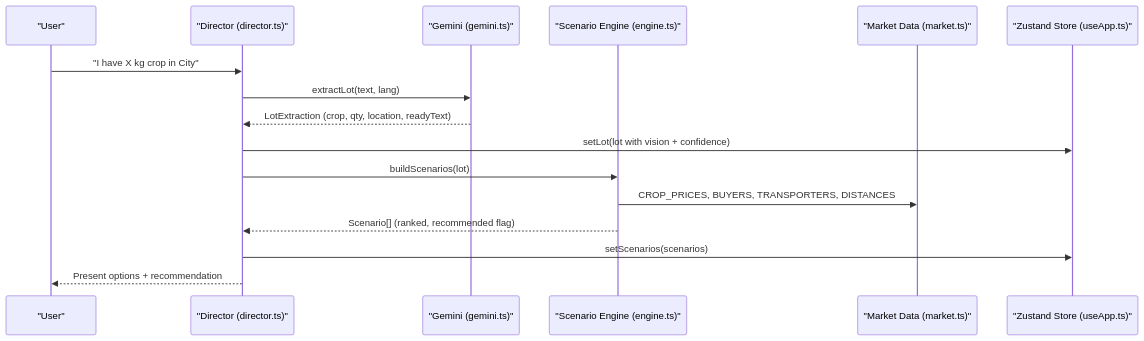
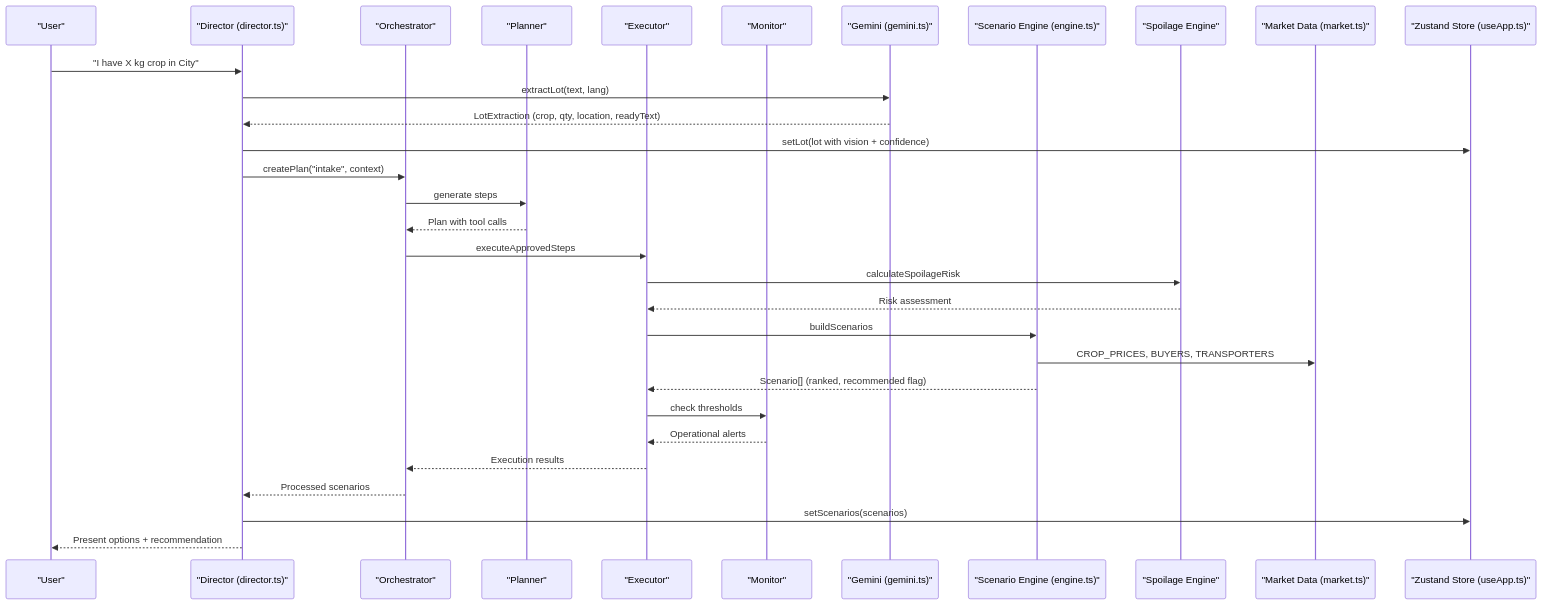
One commit to MudassarAbrar/FreshRoute-Ai changed the second of 9 diagrams in .qoder/repowiki/en/content/Architecture Overview/Business Logic Layer.md. Above: the diagram before and after it, drawn with Mermaid. The commit also changed other lines of this file and 179 other files, not shown here.

````diff
--- a/.qoder/repowiki/en/content/Architecture Overview/Business Logic Layer.md
+++ b/.qoder/repowiki/en/content/Architecture Overview/Business Logic Layer.md
@@ -119,18 +195,33 @@
 ```mermaid
 sequenceDiagram
 participant User as "User"
 participant Director as "Director (director.ts)"
+participant Orchestrator as "Orchestrator"
+participant Planner as "Planner"
+participant Executor as "Executor"
+participant Monitor as "Monitor"
 participant AI as "Gemini (gemini.ts)"
 participant Engine as "Scenario Engine (engine.ts)"
+participant Spoilage as "Spoilage Engine"
 participant Market as "Market Data (market.ts)"
 participant Store as "Zustand Store (useApp.ts)"
 User->>Director : "I have X kg crop in City"
 Director->>AI : extractLot(text, lang)
 AI-->>Director : LotExtraction (crop, qty, location, readyText)
 Director->>Store : setLot(lot with vision + confidence)
-Director->>Engine : buildScenarios(lot)
-Engine->>Market : CROP_PRICES, BUYERS, TRANSPORTERS, DISTANCES
-Engine-->>Director : Scenario[] (ranked, recommended flag)
+Director->>Orchestrator : createPlan("intake", context)
+Orchestrator->>Planner : generate steps
+Planner-->>Orchestrator : Plan with tool calls
+Orchestrator->>Executor : executeApprovedSteps
+Executor->>Spoilage : calculateSpoilageRisk
+Spoilage-->>Executor : Risk assessment
+Executor->>Engine : buildScenarios
+Engine->>Market : CROP_PRICES, BUYERS, TRANSPORTERS
+Engine-->>Executor : Scenario[] (ranked, recommended flag)
+Executor->>Monitor : check thresholds
+Monitor-->>Executor : Operational alerts
+Executor-->>Orchestrator : Execution results
+Orchestrator-->>Director : Processed scenarios
 Director->>Store : setScenarios(scenarios)
 Director-->>User : Present options + recommendation
 ```
````
